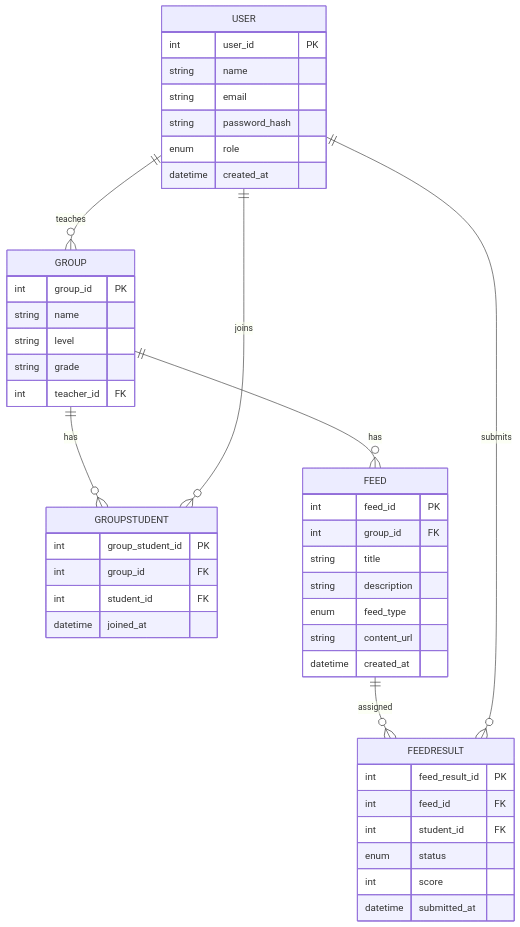
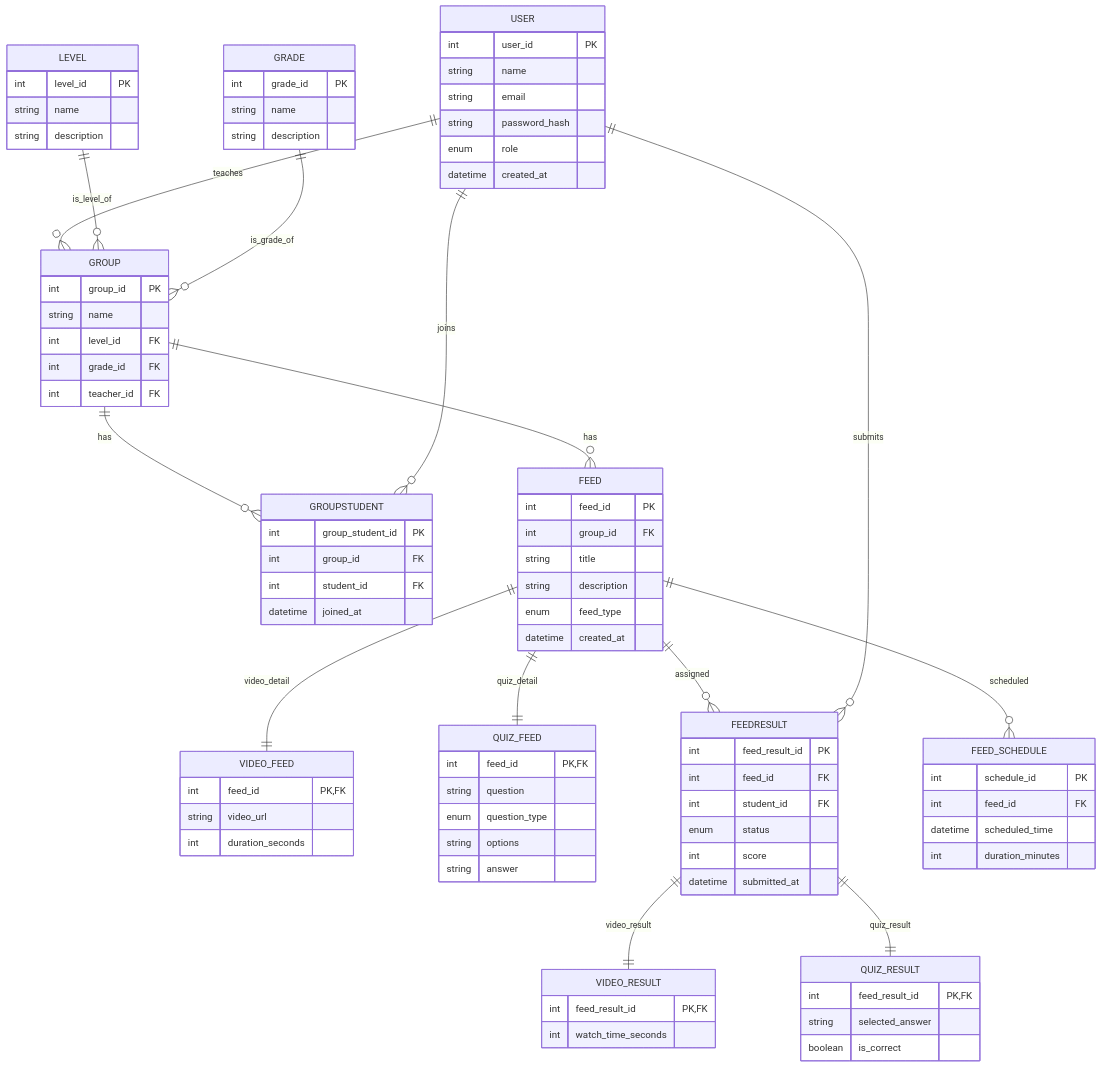
The diagram in lms/backend/README.md (as950118/toyprojects), drawn with Mermaid before and after one commit. The commit also changed other lines of this file and 1 other file, not shown here.

````diff
--- a/lms/backend/README.md
+++ b/lms/backend/README.md
@@ -86,11 +159,21 @@
         enum role
         datetime created_at
     }
+    LEVEL {
+        int level_id PK
+        string name
+        string description
+    }
+    GRADE {
+        int grade_id PK
+        string name
+        string description
+    }
     GROUP {
         int group_id PK
         string name
-        string level
-        string grade
+        int level_id FK
+        int grade_id FK
         int teacher_id FK
     }
     GROUPSTUDENT {
@@ -105,8 +188,19 @@
         string title
         string description
         enum feed_type
-        string content_url
         datetime created_at
+    }
+    VIDEO_FEED {
+        int feed_id PK, FK
+        string video_url
+        int duration_seconds
+    }
+    QUIZ_FEED {
+        int feed_id PK, FK
+        string question
+        enum question_type
+        string options
+        string answer
     }
     FEEDRESULT {
         int feed_result_id PK
@@ -116,11 +210,33 @@
         int score
         datetime submitted_at
     }
+    VIDEO_RESULT {
+        int feed_result_id PK, FK
+        int watch_time_seconds
+    }
+    QUIZ_RESULT {
+        int feed_result_id PK, FK
+        string selected_answer
+        boolean is_correct
+    }
+    FEED_SCHEDULE {
+        int schedule_id PK
+        int feed_id FK
+        datetime scheduled_time
+        int duration_minutes
+    }
 
     USER ||--o{ GROUP : "teaches"
+    LEVEL ||--o{ GROUP : "is_level_of"
+    GRADE ||--o{ GROUP : "is_grade_of"
     GROUP ||--o{ GROUPSTUDENT : "has"
     USER ||--o{ GROUPSTUDENT : "joins"
     GROUP ||--o{ FEED : "has"
     FEED ||--o{ FEEDRESULT : "assigned"
     USER ||--o{ FEEDRESULT : "submits"
+    FEED ||--|| VIDEO_FEED : "video_detail"
+    FEED ||--|| QUIZ_FEED : "quiz_detail"
+    FEEDRESULT ||--|| VIDEO_RESULT : "video_result"
+    FEEDRESULT ||--|| QUIZ_RESULT : "quiz_result"
+    FEED ||--o{ FEED_SCHEDULE : "scheduled"
 ```
````
